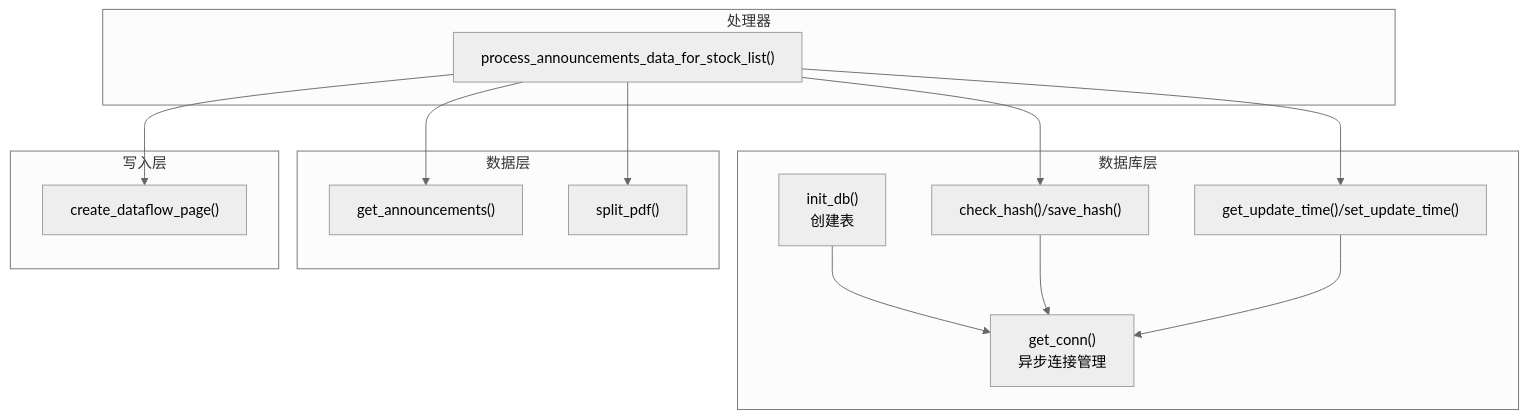
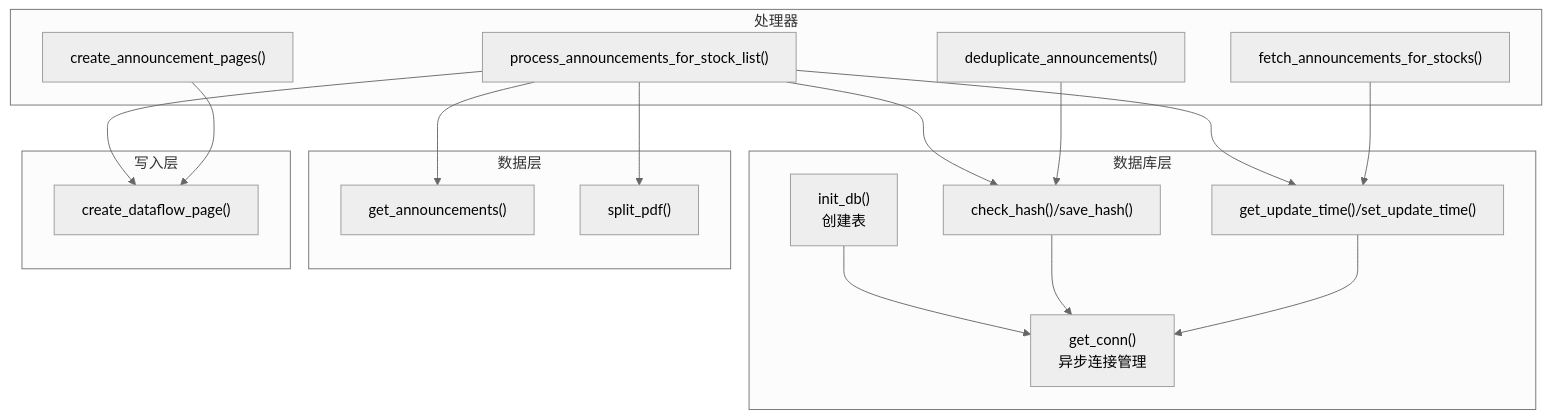
The first of 8 diagrams in .qoder/repowiki/zh/content/核心模块详解/数据库管理模块.md (iverwong/DataLife), drawn with Mermaid (neutral theme) before and after one commit. The commit also changed other lines of this file and 14 other files, not shown here.

````diff
--- a/.qoder/repowiki/zh/content/核心模块详解/数据库管理模块.md
+++ b/.qoder/repowiki/zh/content/核心模块详解/数据库管理模块.md
@@ -44,27 +46,33 @@
 ```mermaid
 graph TB
 subgraph "数据库层"
 DBInit["init_db()<br/>创建表"]
 ConnMgr["get_conn()<br/>异步连接管理"]
 HashOps["check_hash()/save_hash()"]
 TimeOps["get_update_time()/set_update_time()"]
 end
 subgraph "数据层"
 AnnAPI["get_announcements()"]
 SplitPDF["split_pdf()"]
 end
 subgraph "处理器"
-AnnHandler["process_announcements_data_for_stock_list()"]
+AnnHandler["process_announcements_for_stock_list()"]
+Deduplicator["deduplicate_announcements()"]
+Fetcher["fetch_announcements_for_stocks()"]
+PageCreator["create_announcement_pages()"]
 end
 subgraph "写入层"
 FlowDB["create_dataflow_page()"]
 end
 AnnHandler --> AnnAPI
 AnnHandler --> SplitPDF
 AnnHandler --> FlowDB
 AnnHandler --> TimeOps
 AnnHandler --> HashOps
+Fetcher --> TimeOps
+Deduplicator --> HashOps
+PageCreator --> FlowDB
 DBInit --> ConnMgr
 HashOps --> ConnMgr
 TimeOps --> ConnMgr
 ```
````
